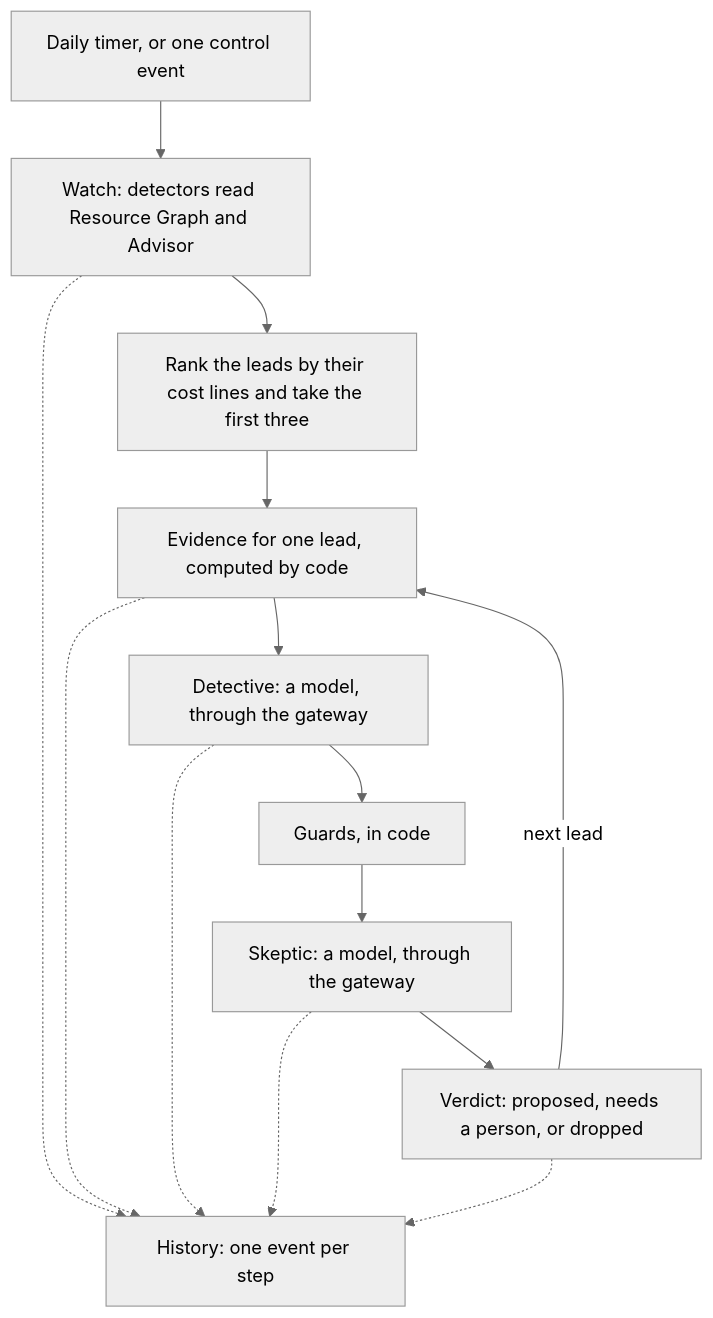
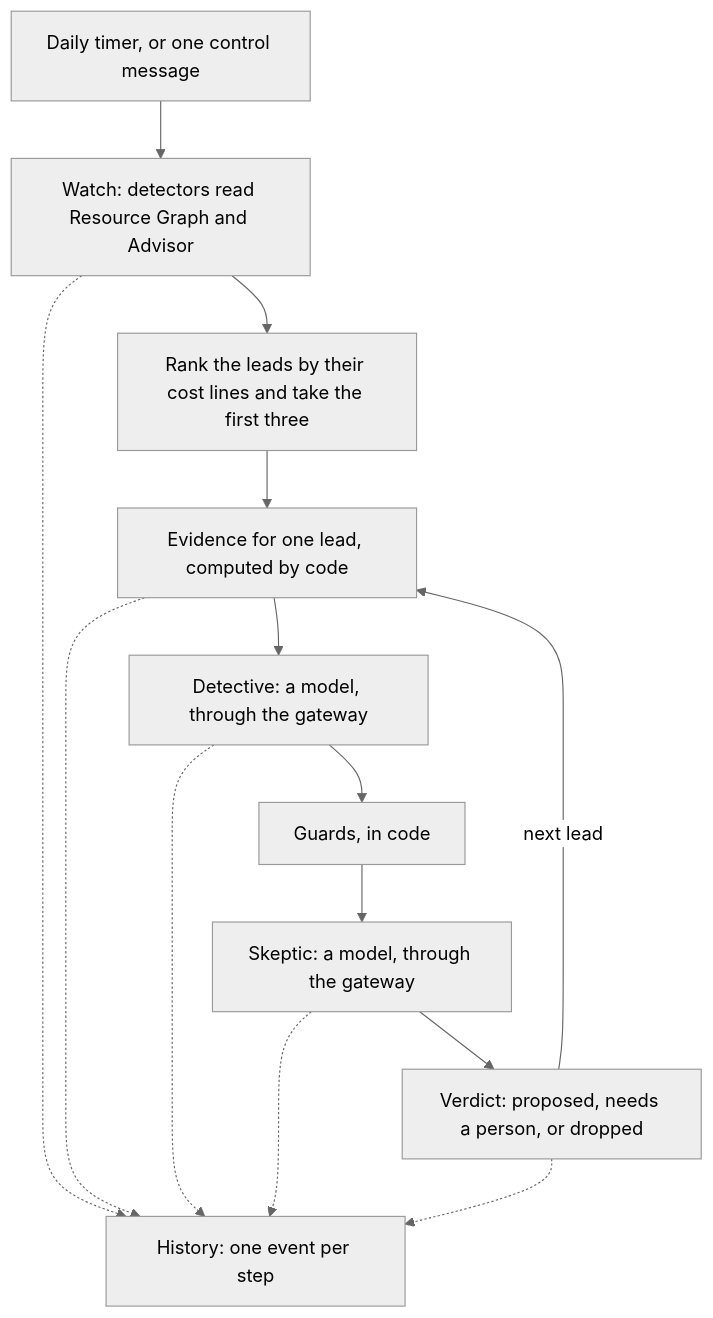
Before and after one commit to tinodo/meternaut: the diagram in docs/proposals/02-first-cases.md, drawn with Mermaid (neutral theme). The commit also changed other lines of this file and 11 other files, not shown here.

````diff
--- a/docs/proposals/02-first-cases.md
+++ b/docs/proposals/02-first-cases.md
@@ -22,16 +22,16 @@
 ```mermaid
 flowchart TB
-    trigger["Daily timer, or one control event"] --> watch["Watch: detectors read Resource Graph and Advisor"]
+    trigger["Daily timer, or one control message"] --> watch["Watch: detectors read Resource Graph and Advisor"]
     watch --> rank["Rank the leads by their cost lines and take the first three"]
     rank --> evidence["Evidence for one lead, computed by code"]
     evidence --> detective["Detective: a model, through the gateway"]
     detective --> guards["Guards, in code"]
     guards --> skeptic["Skeptic: a model, through the gateway"]
     skeptic --> verdict["Verdict: proposed, needs a person, or dropped"]
     verdict -->|next lead| evidence
     watch -.-> history["History: one event per step"]
     evidence -.-> history
     detective -.-> history
     skeptic -.-> history
     verdict -.-> history
 ```
````
